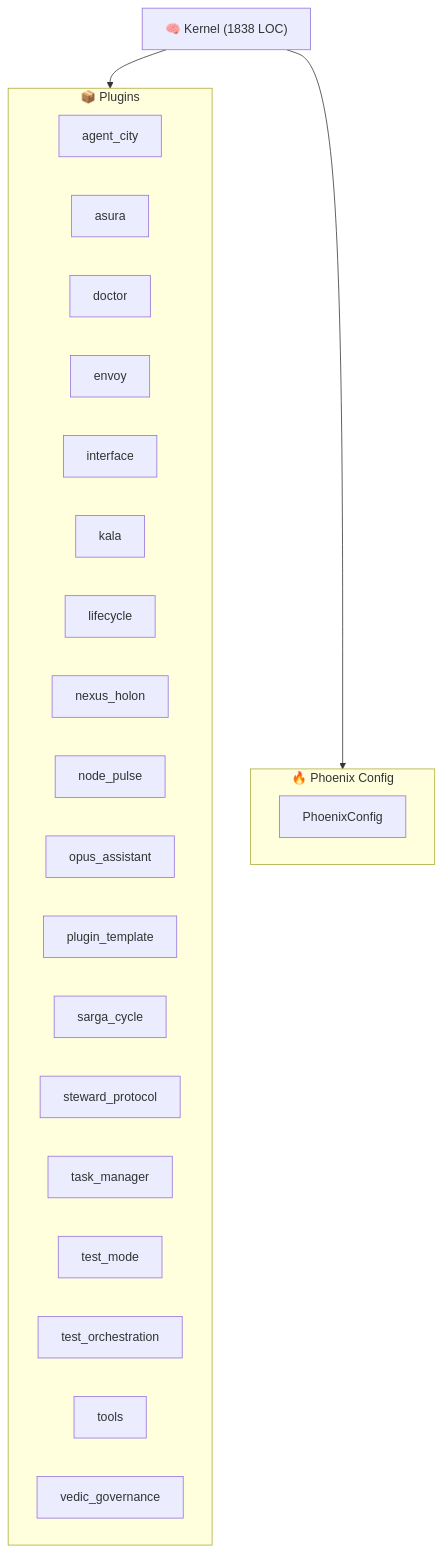
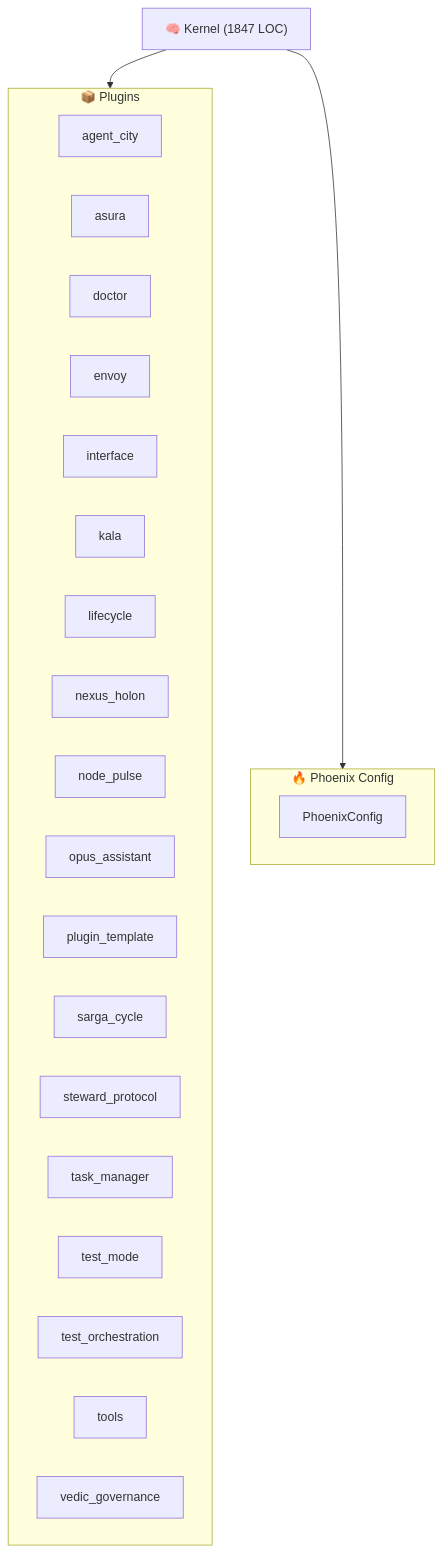
One commit to kimeisele/steward-protocol changed the diagram in ARCHITECTURE.md. Above: the diagram before and after it, drawn with Mermaid. The commit also changed other lines of this file and 5 other files, not shown here.

````diff
--- a/ARCHITECTURE.md
+++ b/ARCHITECTURE.md
@@ -8,29 +8,29 @@
 ```mermaid
 graph TB
-    K["🧠 Kernel (1838 LOC)"]
+    K["🧠 Kernel (1847 LOC)"]
     subgraph Plugins["📦 Plugins"]
         P_agent_city["agent_city"]
         P_asura["asura"]
         P_doctor["doctor"]
         P_envoy["envoy"]
         P_interface["interface"]
         P_kala["kala"]
         P_lifecycle["lifecycle"]
         P_nexus_holon["nexus_holon"]
         P_node_pulse["node_pulse"]
         P_opus_assistant["opus_assistant"]
         P_plugin_template["plugin_template"]
         P_sarga_cycle["sarga_cycle"]
         P_steward_protocol["steward_protocol"]
         P_task_manager["task_manager"]
         P_test_mode["test_mode"]
         P_test_orchestration["test_orchestration"]
         P_tools["tools"]
         P_vedic_governance["vedic_governance"]
     end
     K --> Plugins
     subgraph Config["🔥 Phoenix Config"]
         PC[PhoenixConfig]
     end
     K --> Config
 ```
````
